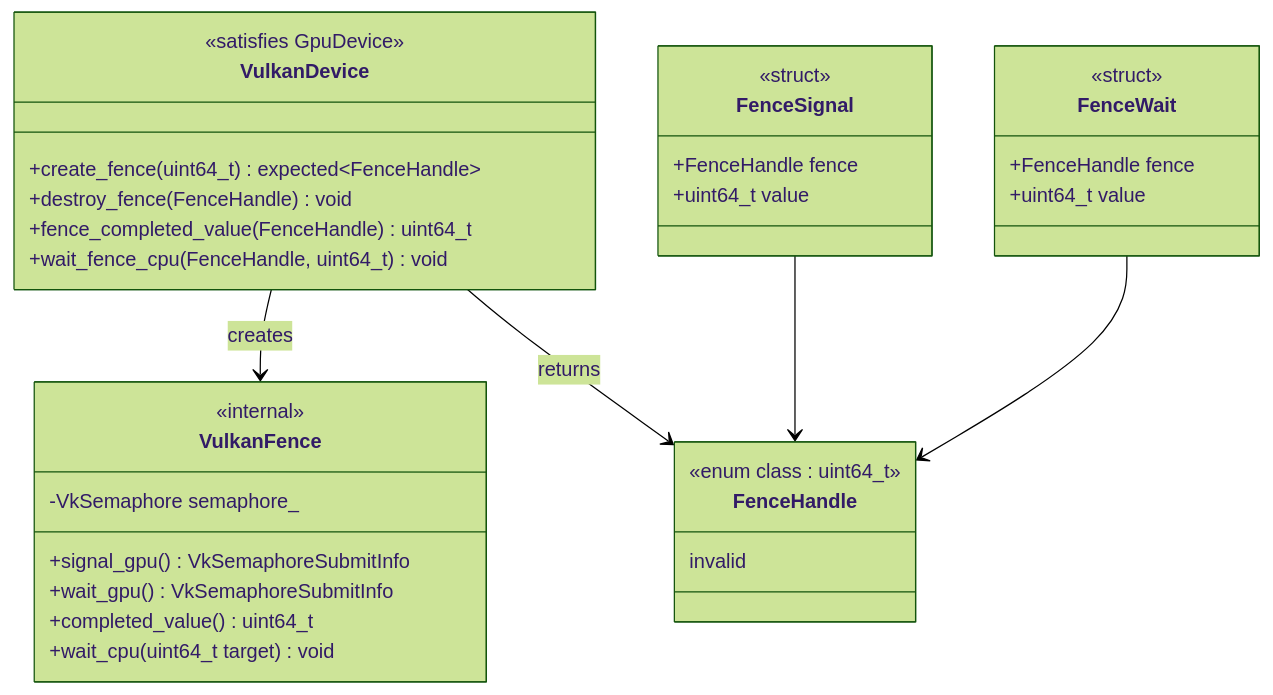
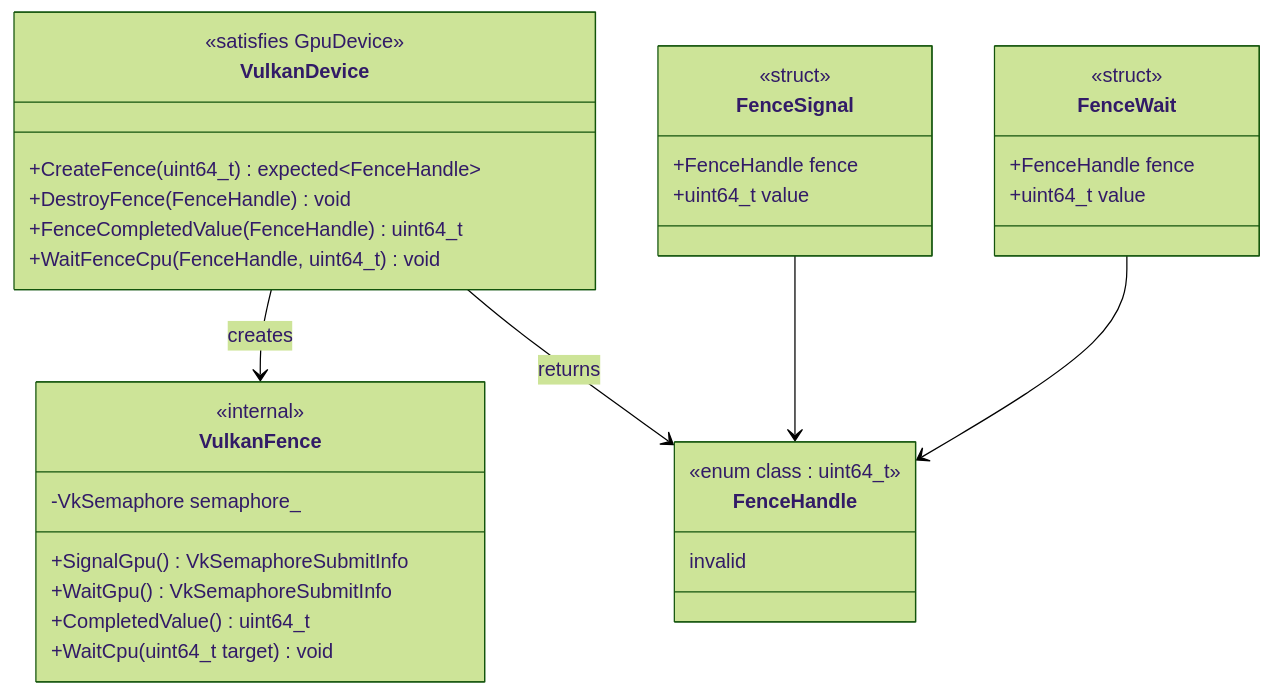
One commit to harmonius-dev/harmonius changed diagram 17 of 34 in docs/design/gpu-backend-vulkan-classes.md. Above: the diagram before and after it, drawn with Mermaid (forest theme). The commit also changed other lines of this file and 67 other files, not shown here.

````diff
--- a/docs/design/gpu-backend-vulkan-classes.md
+++ b/docs/design/gpu-backend-vulkan-classes.md
@@ -879,37 +879,37 @@
 ```mermaid
 classDiagram
     class VulkanDevice {
         <<satisfies GpuDevice>>
-        +create_fence(uint64_t) expected~FenceHandle~
-        +destroy_fence(FenceHandle) void
-        +fence_completed_value(FenceHandle) uint64_t
-        +wait_fence_cpu(FenceHandle, uint64_t) void
+        +CreateFence(uint64_t) expected~FenceHandle~
+        +DestroyFence(FenceHandle) void
+        +FenceCompletedValue(FenceHandle) uint64_t
+        +WaitFenceCpu(FenceHandle, uint64_t) void
     }
     class VulkanFence {
         <<internal>>
         -VkSemaphore semaphore_
-        +signal_gpu() VkSemaphoreSubmitInfo
-        +wait_gpu() VkSemaphoreSubmitInfo
-        +completed_value() uint64_t
-        +wait_cpu(uint64_t target) void
+        +SignalGpu() VkSemaphoreSubmitInfo
+        +WaitGpu() VkSemaphoreSubmitInfo
+        +CompletedValue() uint64_t
+        +WaitCpu(uint64_t target) void
     }
     class FenceHandle {
         <<enum class : uint64_t>>
         invalid
     }
     class FenceSignal {
         <<struct>>
         +FenceHandle fence
         +uint64_t value
     }
     class FenceWait {
         <<struct>>
         +FenceHandle fence
         +uint64_t value
     }
 
     VulkanDevice --> VulkanFence : creates
     VulkanDevice --> FenceHandle : returns
     FenceSignal --> FenceHandle
     FenceWait --> FenceHandle
 ```
````
